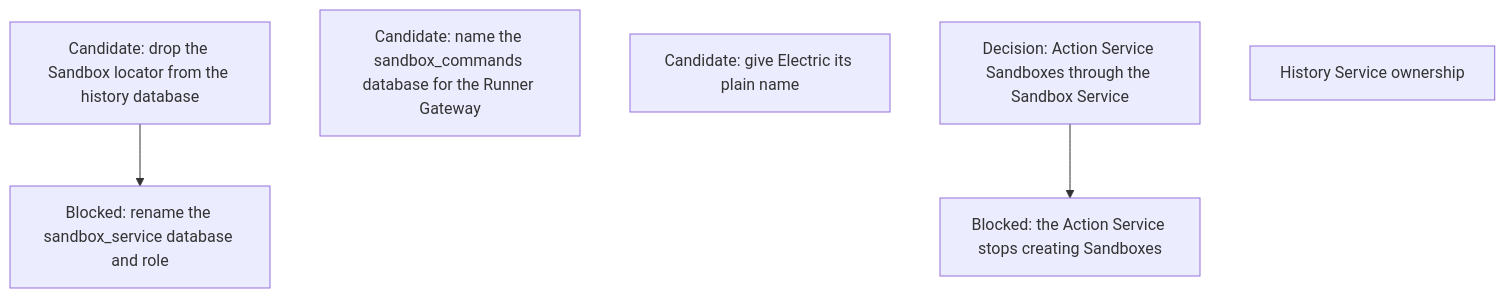
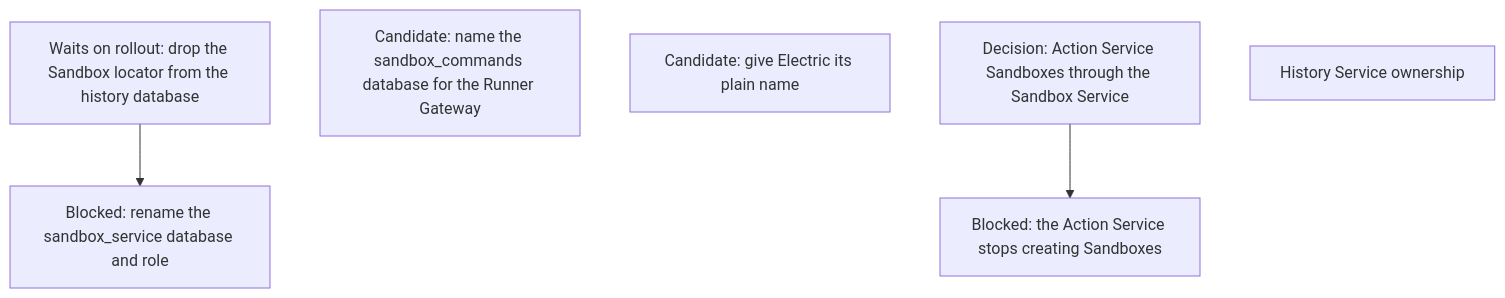
One commit to agentydragon/ducktape changed the tenth of 13 diagrams in agentplane/plans/task_dag.md. Above: the diagram before and after it, drawn with Mermaid. The commit also changed other lines of this file and 21 other files, not shown here.

First line of the commit message:
agentplane/history_service: stop reading the Sandbox locator

````diff
--- a/agentplane/plans/task_dag.md
+++ b/agentplane/plans/task_dag.md
@@ -651,12 +651,12 @@
 ```mermaid
 flowchart TD
-    HISTORY_SANDBOX_LOCATOR_DROP[Candidate: drop the Sandbox locator from the history database]
+    HISTORY_SANDBOX_LOCATOR_DROP[Waits on rollout: drop the Sandbox locator from the history database]
     HISTORY_DATABASE_RENAME[Blocked: rename the sandbox_service database and role]
     SANDBOX_DATABASE_RENAME[Candidate: name the sandbox_commands database for the Runner Gateway]
     ELECTRIC_DEPLOYMENT_RENAME[Candidate: give Electric its plain name]
     ACTION_SANDBOX_DESIGN[Decision: Action Service Sandboxes through the Sandbox Service]
     ACTION_SANDBOX_PROVISIONING[Blocked: the Action Service stops creating Sandboxes]
     ACTION_SANDBOX_DESIGN --> ACTION_SANDBOX_PROVISIONING
     HISTORY_SERVICE_OWNERSHIP[History Service ownership]
     HISTORY_SANDBOX_LOCATOR_DROP --> HISTORY_DATABASE_RENAME
 ```
````
